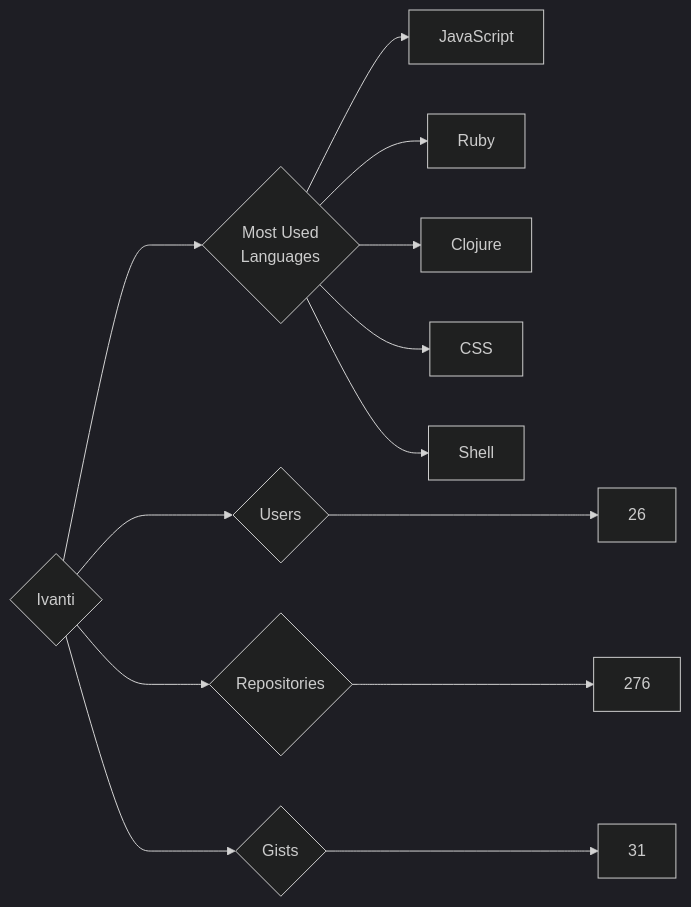
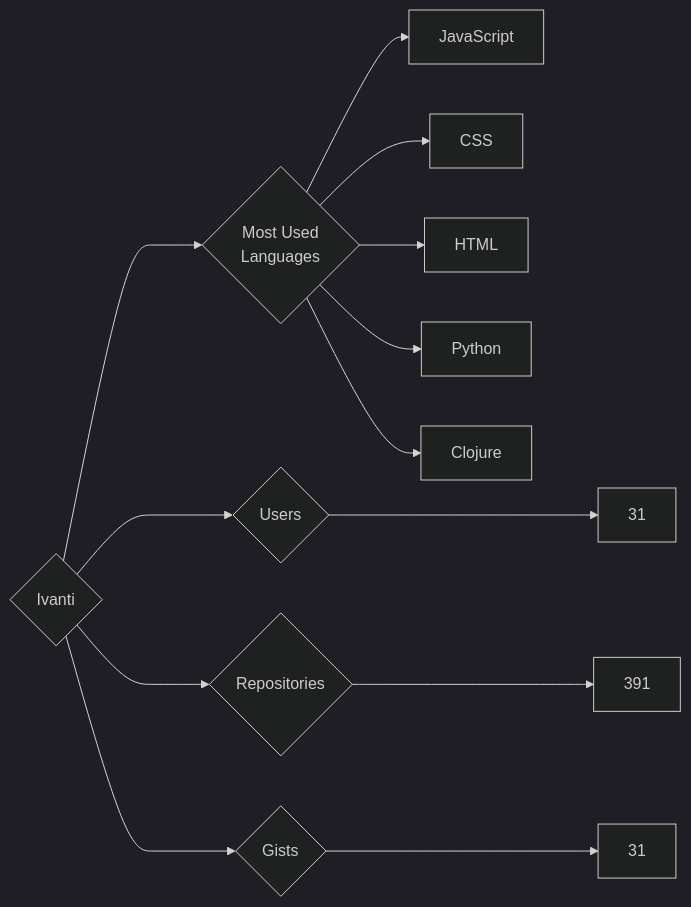
One commit to trickest/insiders changed the diagram in targets/Ivanti/README.md. Above: the diagram before and after it, drawn with Mermaid (dark theme). The commit also changed 736 other files, not shown here.

````diff
--- a/targets/Ivanti/README.md
+++ b/targets/Ivanti/README.md
@@ -3,13 +3,13 @@
 ```mermaid
 graph LR
 COMPANY_NAME{Ivanti}
-COMPANY_NAME ---> U{Users} ---> UN[26]
-COMPANY_NAME ---> R{Repositories} ---> RN[276]
+COMPANY_NAME ---> U{Users} ---> UN[31]
+COMPANY_NAME ---> R{Repositories} ---> RN[391]
 COMPANY_NAME ---> G{Gists} ---> GN[31]
 COMPANY_NAME ---> ML{Most Used<br>Languages}
 ML --> JavaScript[JavaScript]
-ML --> Ruby[Ruby]
+ML --> CSS[CSS]
+ML --> HTML[HTML]
+ML --> Python[Python]
 ML --> Clojure[Clojure]
-ML --> CSS[CSS]
-ML --> Shell[Shell]
 ```
````
